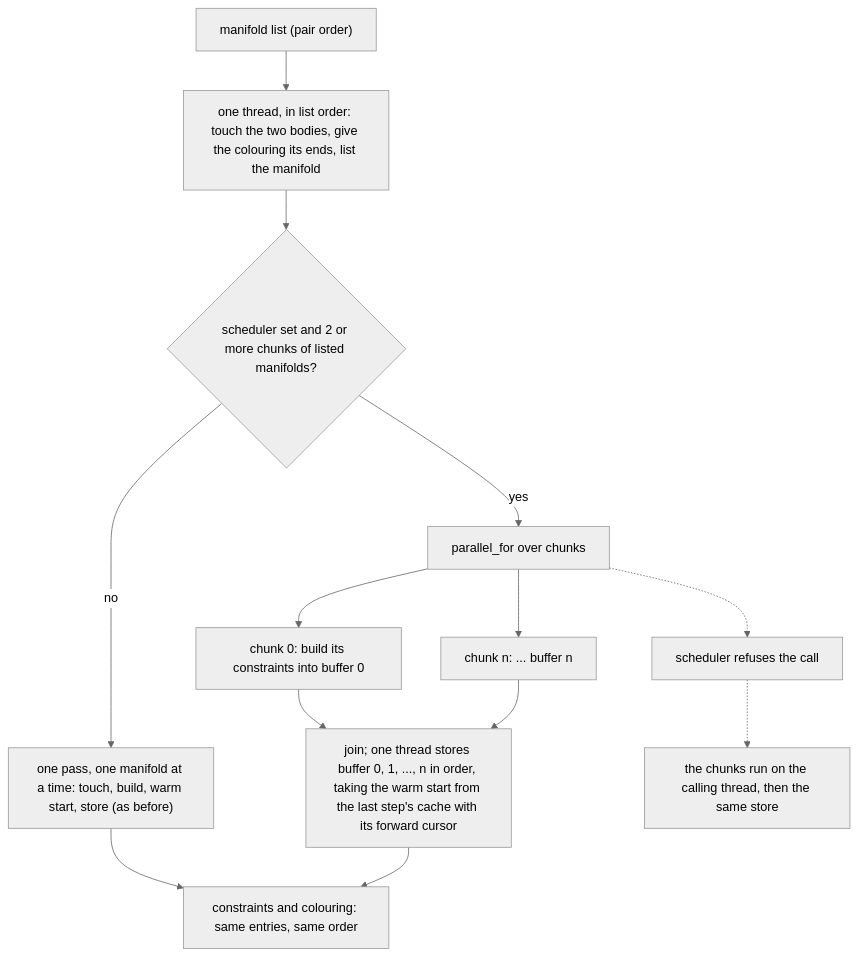
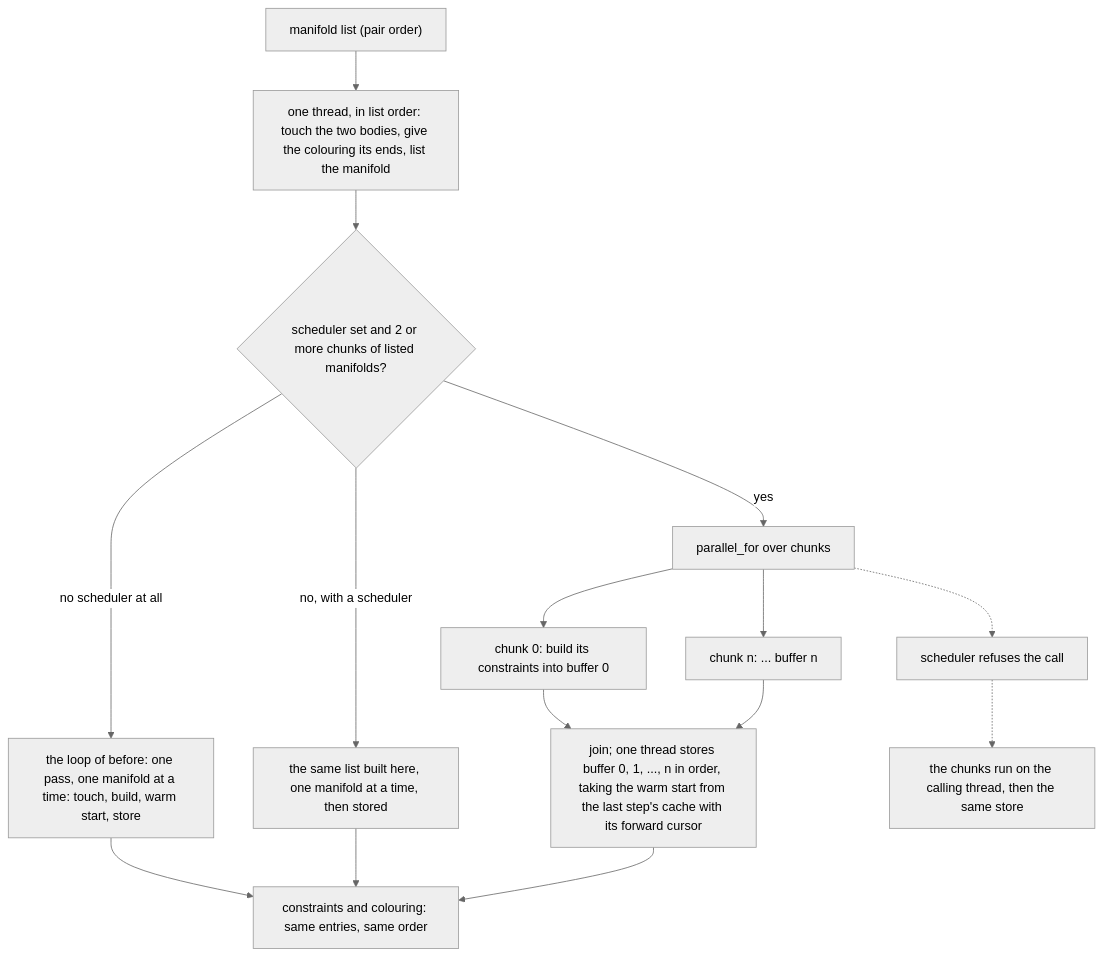
Before and after one commit to giamat90/DuckEngine: the diagram in reviews/8-112.md, drawn with Mermaid (neutral theme). The commit also changed other lines of this file, not shown here.

````diff
--- a/reviews/8-112.md
+++ b/reviews/8-112.md
@@ -7,15 +7,17 @@
 ```mermaid
 flowchart TD
   M["manifold list (pair order)"] --> T["one thread, in list order: touch the two bodies, give the colouring its ends, list the manifold"]
   T --> C{"scheduler set and 2 or more chunks of listed manifolds?"}
-  C -->|no| S["one pass, one manifold at a time: touch, build, warm start, store (as before)"]
+  C -->|"no, with a scheduler"| S2["the same list built here, one manifold at a time, then stored"]
+  C -->|"no scheduler at all"| S["the loop of before: one pass, one manifold at a time: touch, build, warm start, store"]
   C -->|yes| F["parallel_for over chunks"]
   F --> B0["chunk 0: build its constraints into buffer 0"]
   F --> Bn["chunk n: ... buffer n"]
   B0 --> J["join; one thread stores buffer 0, 1, ..., n in order, taking the warm start from the last step's cache with its forward cursor"]
   Bn --> J
   X["scheduler refuses the call"] -.-> R["the chunks run on the calling thread, then the same store"]
   F -.-> X
   S --> L["constraints and colouring: same entries, same order"]
+  S2 --> L
   J --> L
 ```
````
